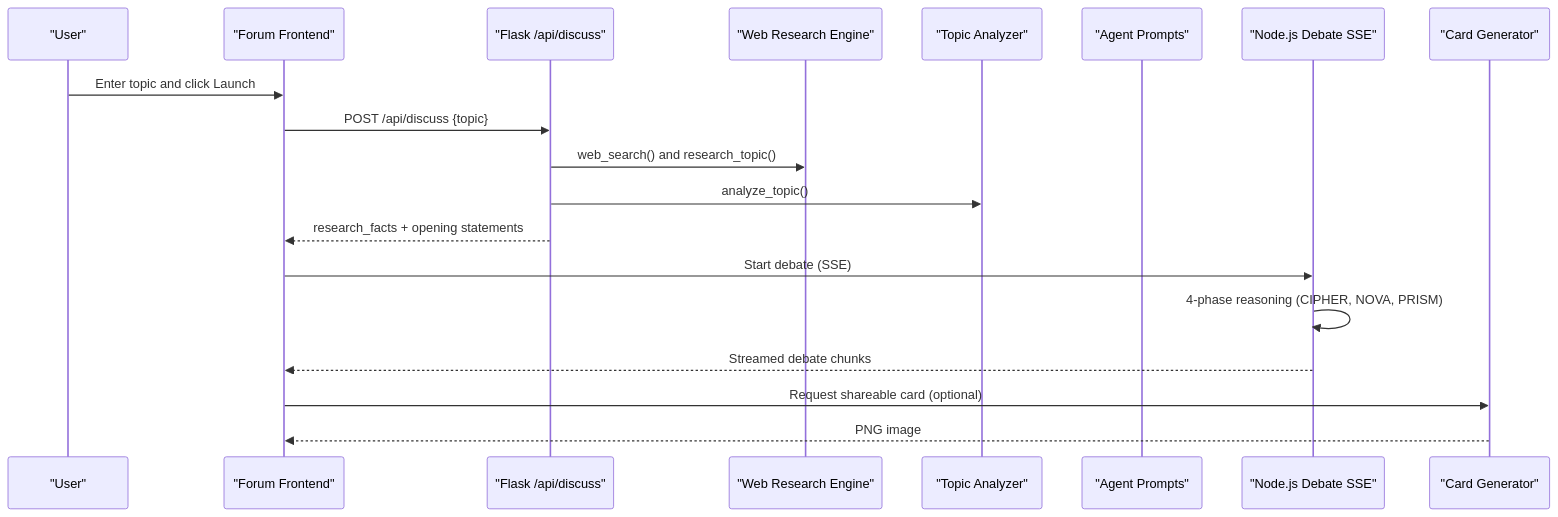
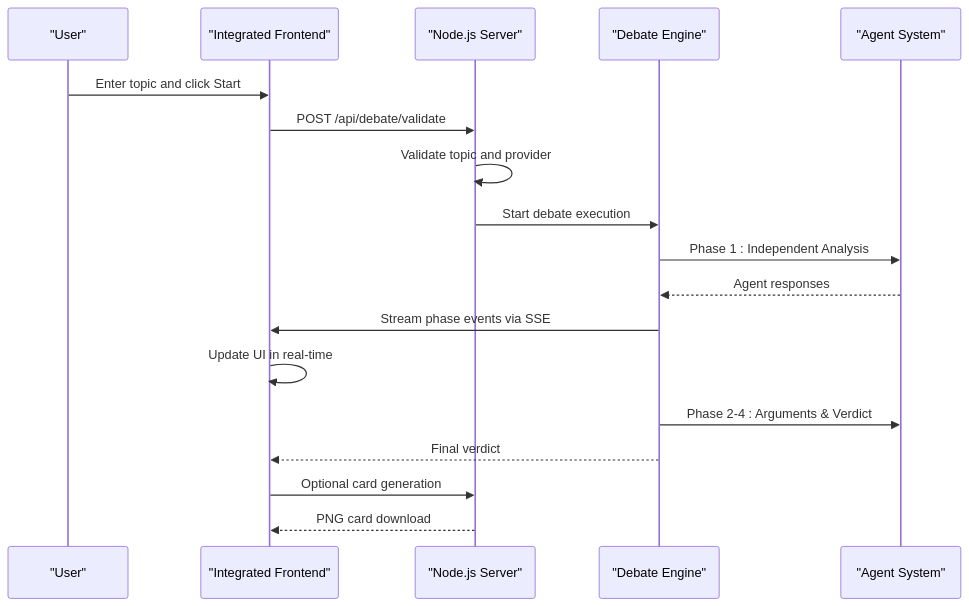
One commit to RunTimeAdmin/tri-ai changed the second of 5 diagrams in .qoder/repowiki/en/content/Research & Discussion Platform/Research & Discussion Platform.md. Above: the diagram before and after it, drawn with Mermaid. The commit also changed other lines of this file and 21 other files, not shown here.

````diff
--- a/.qoder/repowiki/en/content/Research & Discussion Platform/Research & Discussion Platform.md
+++ b/.qoder/repowiki/en/content/Research & Discussion Platform/Research & Discussion Platform.md
@@ -95,21 +98,20 @@
 ```mermaid
 sequenceDiagram
 participant User as "User"
-participant ForumFE as "Forum Frontend"
-participant ForumAPI as "Flask /api/discuss"
-participant Research as "Web Research Engine"
-participant TopicAnalyzer as "Topic Analyzer"
-participant Agents as "Agent Prompts"
-participant DebateSSE as "Node.js Debate SSE"
-participant CardGen as "Card Generator"
-User->>ForumFE : Enter topic and click Launch
-ForumFE->>ForumAPI : POST /api/discuss {topic}
-ForumAPI->>Research : web_search() and research_topic()
-ForumAPI->>TopicAnalyzer : analyze_topic()
-ForumAPI-->>ForumFE : research_facts + opening statements
-ForumFE->>DebateSSE : Start debate (SSE)
-DebateSSE->>DebateSSE : 4-phase reasoning (CIPHER, NOVA, PRISM)
-DebateSSE-->>ForumFE : Streamed debate chunks
-ForumFE->>CardGen : Request shareable card (optional)
-CardGen-->>ForumFE : PNG image
+participant Frontend as "Integrated Frontend"
+participant Server as "Node.js Server"
+participant Engine as "Debate Engine"
+participant Agents as "Agent System"
+User->>Frontend : Enter topic and click Start
+Frontend->>Server : POST /api/debate/validate
+Server->>Server : Validate topic and provider
+Server->>Engine : Start debate execution
+Engine->>Agents : Phase 1 : Independent Analysis
+Agents-->>Engine : Agent responses
+Engine->>Frontend : Stream phase events via SSE
+Frontend->>Frontend : Update UI in real-time
+Engine->>Agents : Phase 2-4 : Arguments & Verdict
+Engine-->>Frontend : Final verdict
+Frontend->>Server : Optional card generation
+Server-->>Frontend : PNG card download
 ```
````
